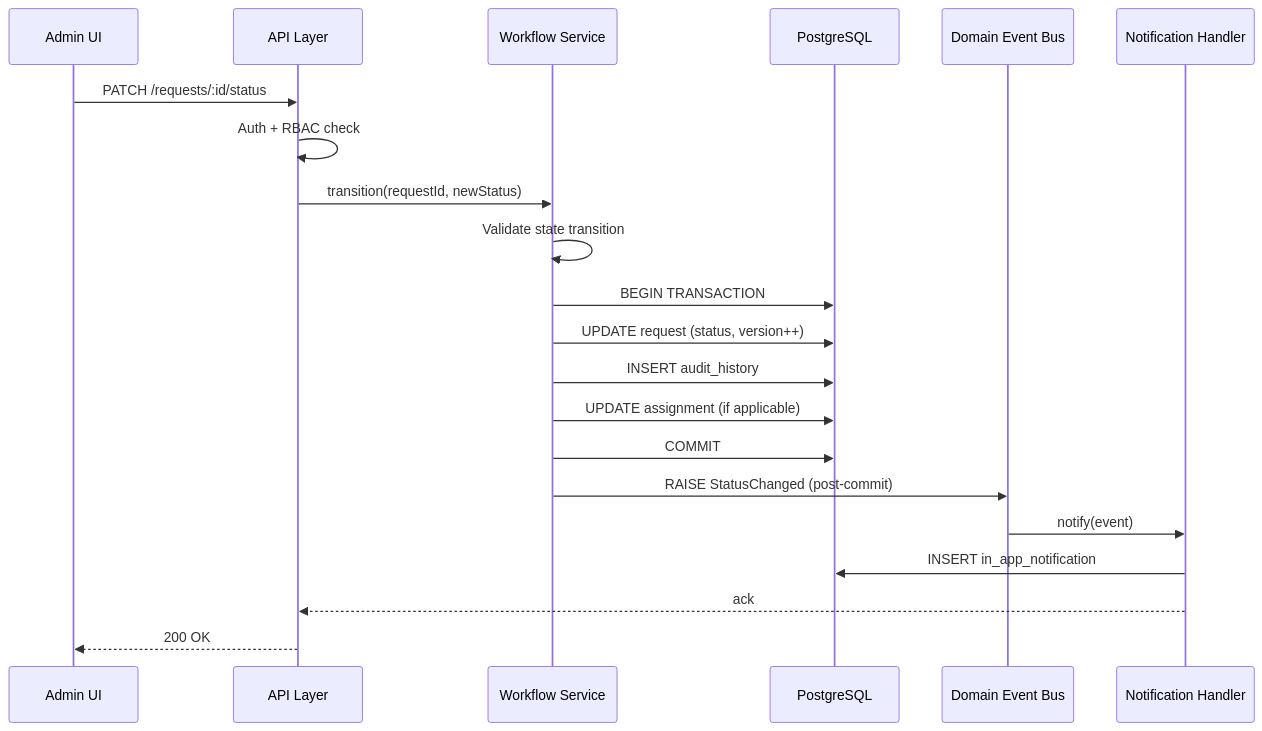
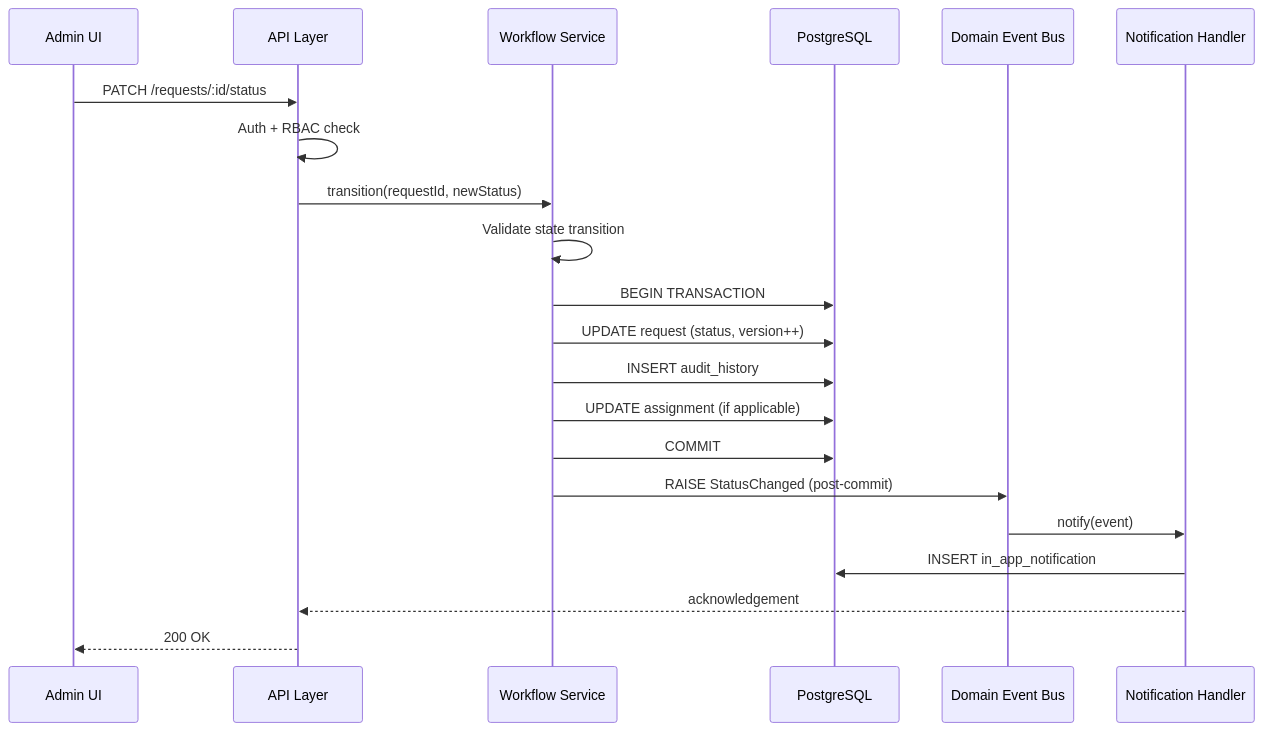
Before and after one commit to almasi06/-Civic-Connect-Platform: the diagram in documents/Architecture/runtime-view.md, drawn with Mermaid.

Commit message:
Change 'ack' to 'acknowledgement' in runtime-view.md

````diff
--- a/documents/Architecture/runtime-view.md
+++ b/documents/Architecture/runtime-view.md
@@ -6,24 +6,24 @@
 ```mermaid
 sequenceDiagram
     participant UI as Admin UI
     participant API as API Layer
     participant WF as Workflow Service
     participant DB as PostgreSQL
     participant Bus as Domain Event Bus
     participant NH as Notification Handler
 
     UI->>API: PATCH /requests/:id/status
     API->>API: Auth + RBAC check
     API->>WF: transition(requestId, newStatus)
     WF->>WF: Validate state transition
     WF->>DB: BEGIN TRANSACTION
     WF->>DB: UPDATE request (status, version++)
     WF->>DB: INSERT audit_history
     WF->>DB: UPDATE assignment (if applicable)
     WF->>DB: COMMIT
     WF->>Bus: RAISE StatusChanged (post-commit)
     Bus->>NH: notify(event)
     NH->>DB: INSERT in_app_notification
-    NH-->>API: ack
+    NH-->>API: acknowledgement
     API-->>UI: 200 OK
 ```
````
